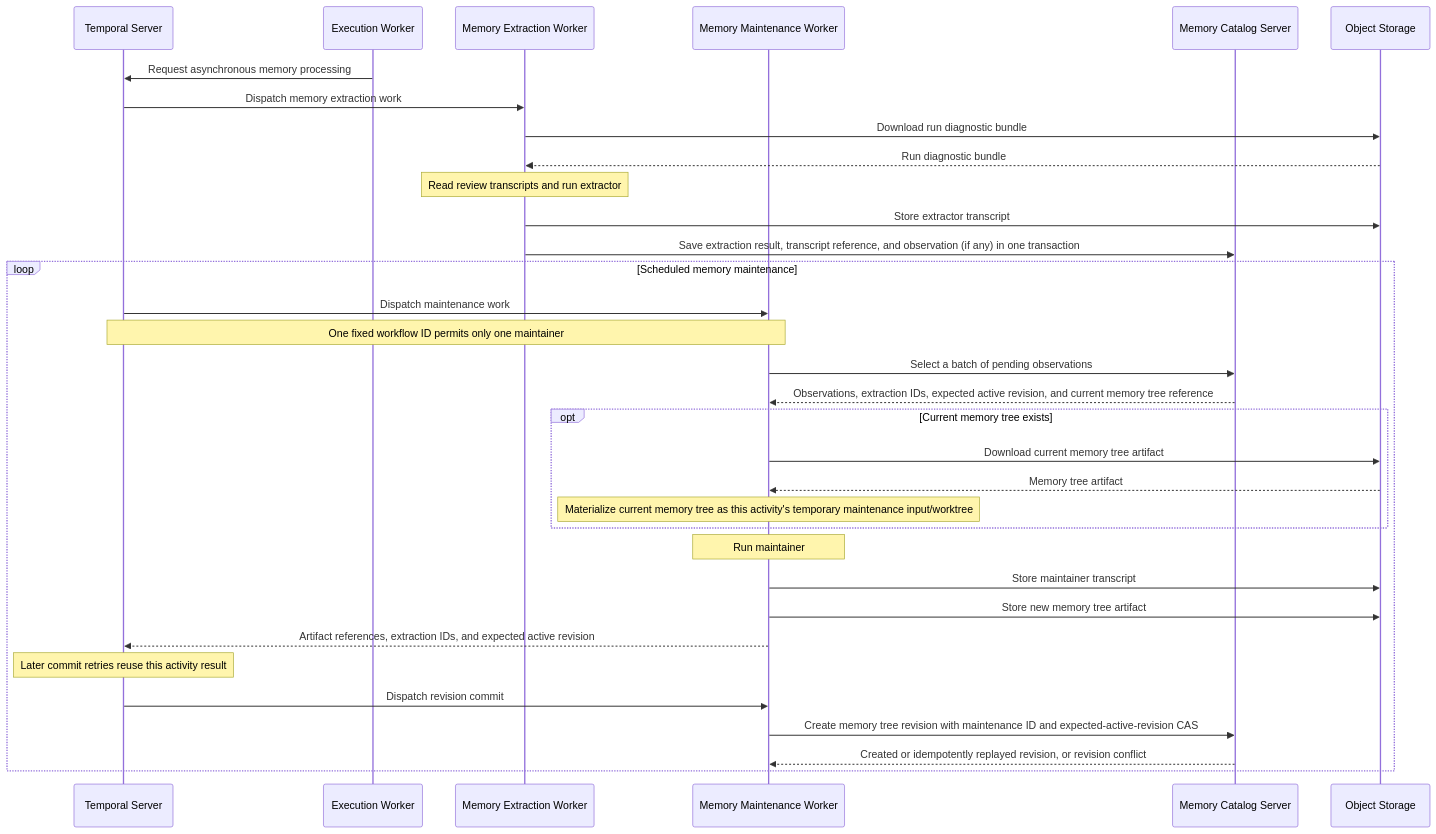
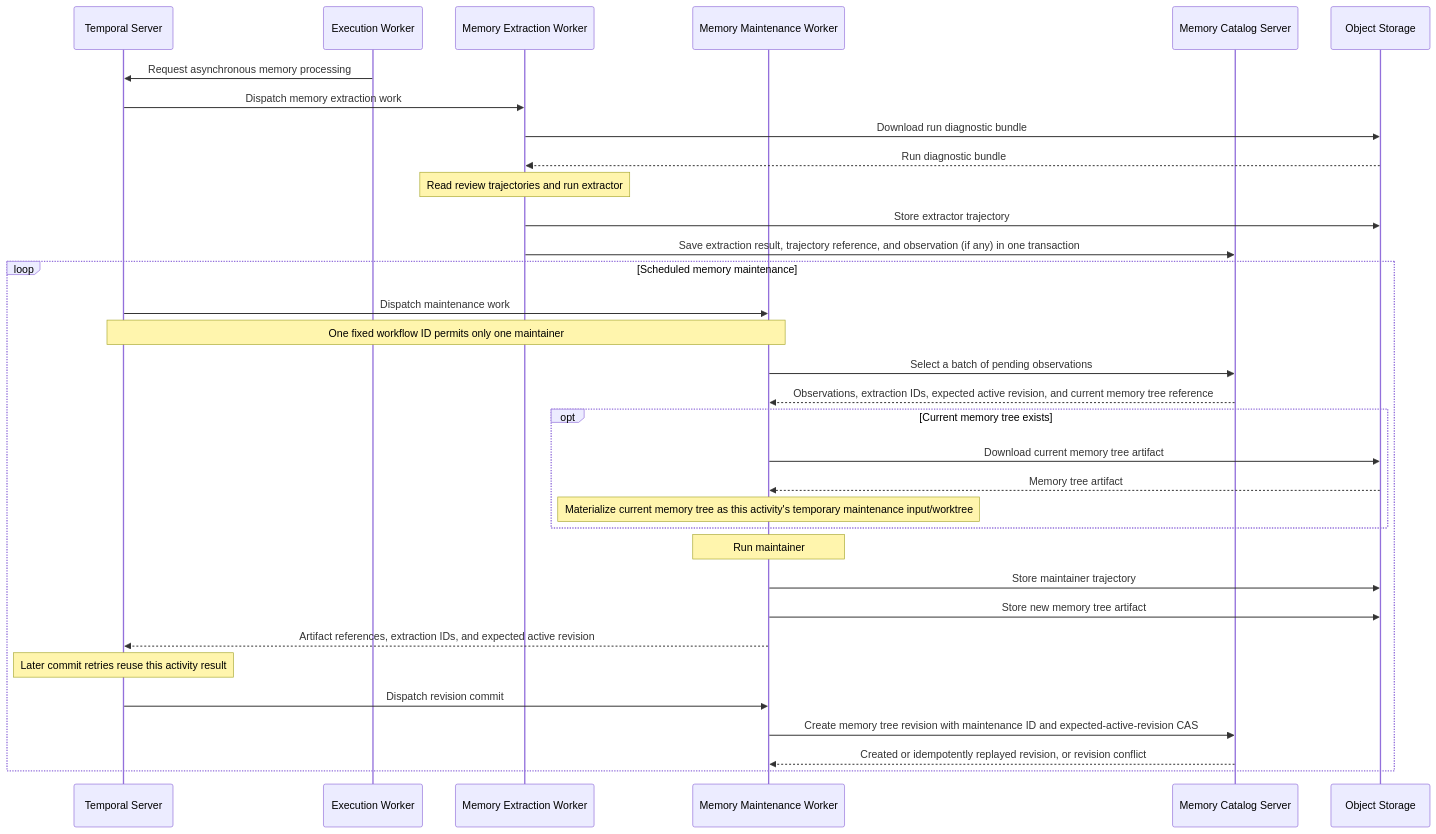
Before and after one commit to Agent-AI-Chalmers/sec-review-bot: the third of 3 diagrams in docs/architecture/SYSTEM_ARCHITECTURE.md, drawn with Mermaid. The commit also changed other lines of this file and 183 other files, not shown here.

Commit message:
refactor!: rename agent transcripts to trajectories (#191)

````diff
--- a/docs/architecture/SYSTEM_ARCHITECTURE.md
+++ b/docs/architecture/SYSTEM_ARCHITECTURE.md
@@ -89,36 +89,36 @@
 ```mermaid
 sequenceDiagram
   participant Temporal as Temporal Server
   participant ExecutionWorker as Execution Worker
   participant ExtractionWorker as Memory Extraction Worker
   participant MaintenanceWorker as Memory Maintenance Worker
   participant Catalog as Memory Catalog Server
   participant Storage as Object Storage
 
   ExecutionWorker->>Temporal: Request asynchronous memory processing
   Temporal->>ExtractionWorker: Dispatch memory extraction work
   ExtractionWorker->>Storage: Download run diagnostic bundle
   Storage-->>ExtractionWorker: Run diagnostic bundle
-  Note over ExtractionWorker: Read review transcripts and run extractor
-  ExtractionWorker->>Storage: Store extractor transcript
-  ExtractionWorker->>Catalog: Save extraction result, transcript reference, and observation (if any) in one transaction
+  Note over ExtractionWorker: Read review trajectories and run extractor
+  ExtractionWorker->>Storage: Store extractor trajectory
+  ExtractionWorker->>Catalog: Save extraction result, trajectory reference, and observation (if any) in one transaction
   loop Scheduled memory maintenance
     Temporal->>MaintenanceWorker: Dispatch maintenance work
     Note over Temporal,MaintenanceWorker: One fixed workflow ID permits only one maintainer
     MaintenanceWorker->>Catalog: Select a batch of pending observations
     Catalog-->>MaintenanceWorker: Observations, extraction IDs, expected active revision, and current memory tree reference
     opt Current memory tree exists
       MaintenanceWorker->>Storage: Download current memory tree artifact
       Storage-->>MaintenanceWorker: Memory tree artifact
       Note over MaintenanceWorker: Materialize current memory tree as this activity's temporary maintenance input/worktree
     end
     Note over MaintenanceWorker: Run maintainer
-    MaintenanceWorker->>Storage: Store maintainer transcript
+    MaintenanceWorker->>Storage: Store maintainer trajectory
     MaintenanceWorker->>Storage: Store new memory tree artifact
     MaintenanceWorker-->>Temporal: Artifact references, extraction IDs, and expected active revision
     Note over Temporal: Later commit retries reuse this activity result
     Temporal->>MaintenanceWorker: Dispatch revision commit
     MaintenanceWorker->>Catalog: Create memory tree revision with maintenance ID and expected-active-revision CAS
     Catalog-->>MaintenanceWorker: Created or idempotently replayed revision, or revision conflict
   end
 ```
````
